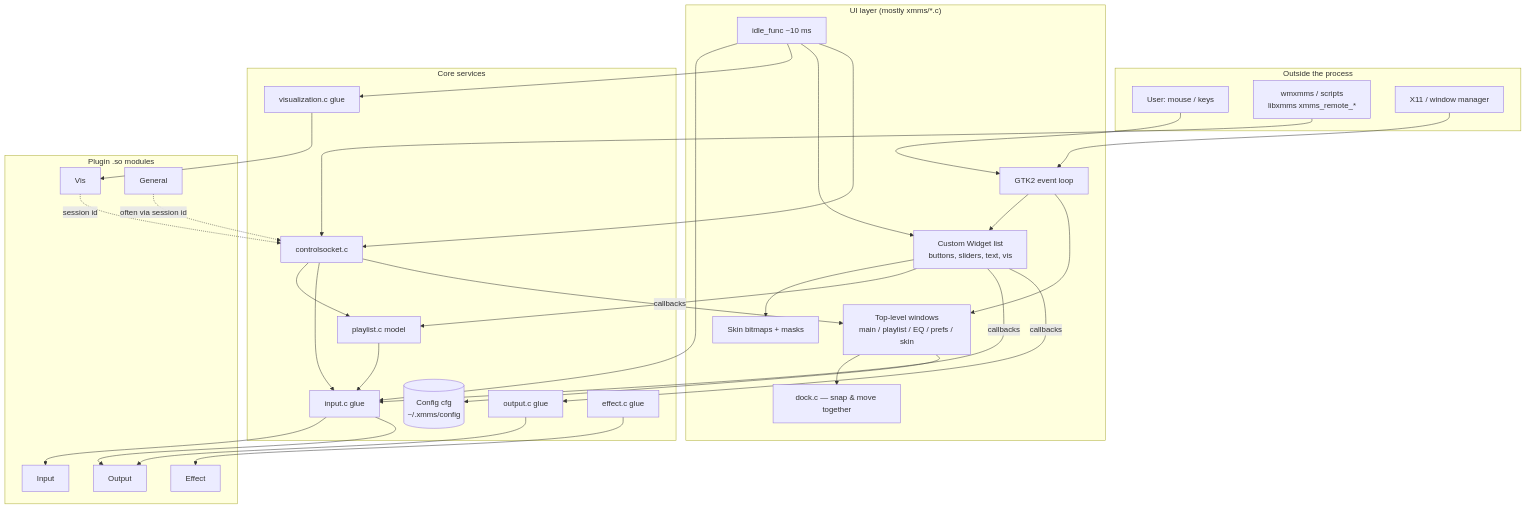
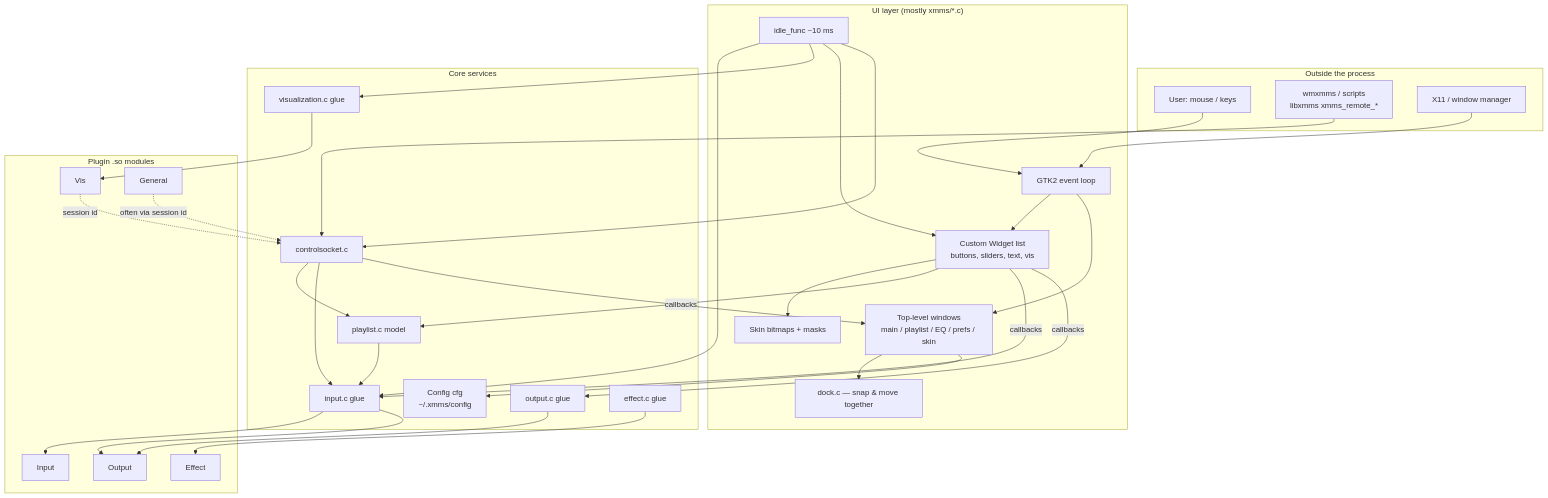
Before and after one commit to tuunanet/xmms-gtk4-experimental: the first of 10 diagrams in docs/architecture/ui-interaction.md, drawn with Mermaid. The commit also changed other lines of this file and 5 other files, not shown here.

First line of the commit message:
Fix GitHub Mermaid parse errors in architecture diagrams

````diff
--- a/docs/architecture/ui-interaction.md
+++ b/docs/architecture/ui-interaction.md
@@ -47,62 +47,62 @@
 ```mermaid
 flowchart TB
     subgraph External["Outside the process"]
-        USER[User: mouse / keys]
+        USER["User: mouse / keys"]
         REMOTE["wmxmms / scripts<br/>libxmms xmms_remote_*"]
         WM[X11 / window manager]
     end
 
     subgraph UI["UI layer (mostly xmms/*.c)"]
         GTK[GTK2 event loop]
         SKIN[Skin bitmaps + masks]
         WIDS[Custom Widget list<br/>buttons, sliders, text, vis]
         WINS[Top-level windows<br/>main / playlist / EQ / prefs / skin]
-        DOCK[dock.c — snap & move together]
-        IDLE[idle_func ~10 ms]
+        DOCK["dock.c — snap & move together"]
+        IDLE["idle_func ~10 ms"]
     end
 
     subgraph Core["Core services"]
-        CFG[("Config cfg<br/>~/.xmms/config")]
+        CFG["Config cfg<br/>~/.xmms/config"]
         PL[playlist.c model]
         IN[input.c glue]
         OUT[output.c glue]
         FX[effect.c glue]
         VIS[visualization.c glue]
         SOCK[controlsocket.c]
     end
 
     subgraph Plugins["Plugin .so modules"]
         IP[Input]
         OP[Output]
         EP[Effect]
         VP[Vis]
         GP[General]
     end
 
     USER --> GTK
     WM --> GTK
     REMOTE --> SOCK
     GTK --> WIDS
     GTK --> WINS
     WIDS --> SKIN
     WINS --> DOCK
     WIDS -->|callbacks| PL
     WIDS -->|callbacks| IN
     WIDS -->|callbacks| OUT
     WINS --> CFG
     IDLE --> IN
     IDLE --> VIS
     IDLE --> WIDS
     IDLE --> SOCK
     PL --> IN
     IN --> IP
     IN --> OP
     OUT --> OP
     FX --> EP
     VIS --> VP
     SOCK --> PL
     SOCK --> IN
     SOCK --> WINS
     GP -.->|often via session id| SOCK
     VP -.->|session id| SOCK
 ```
````
